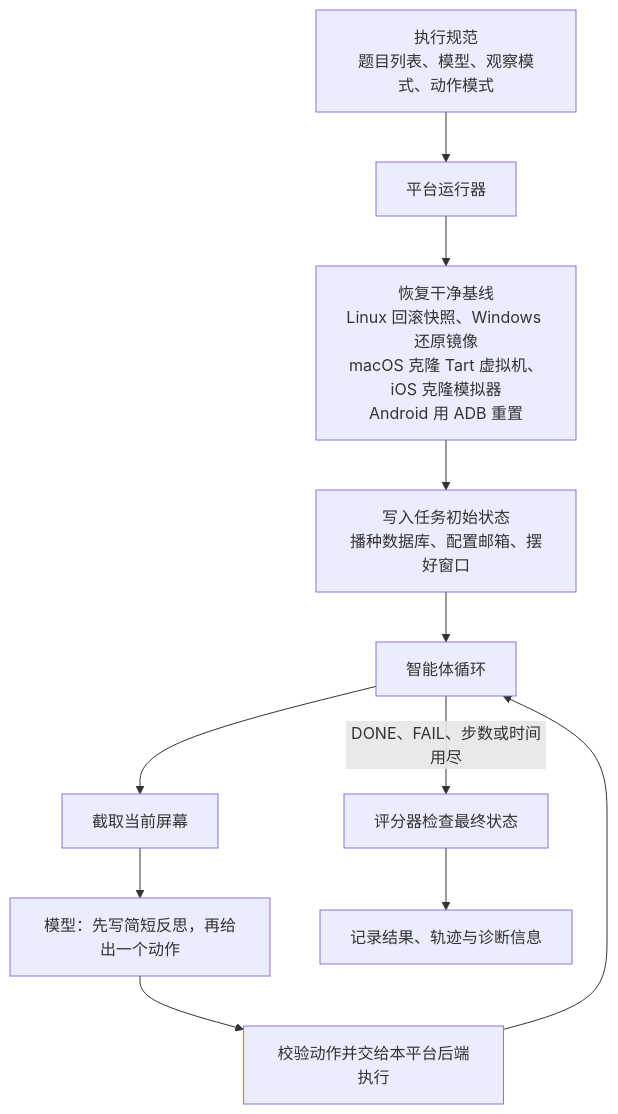
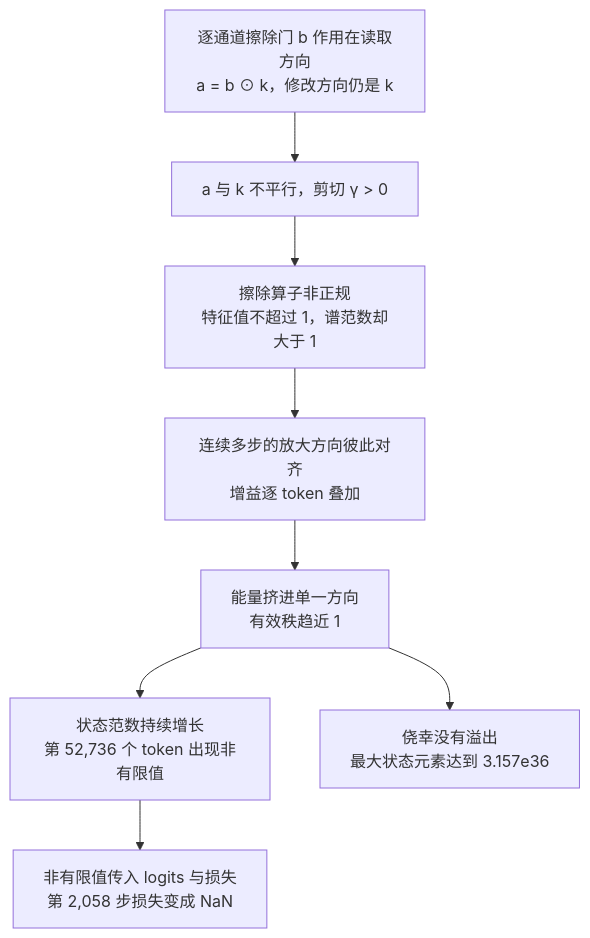
Before and after one commit to yingwang/paper-reads: the second of 5 diagrams in docs/index.md, drawn with Mermaid. The commit also changed other lines of this file and 2 other files, not shown here.

````diff
--- a/docs/index.md
+++ b/docs/index.md
@@ -99,13 +186,10 @@
 ```mermaid
 flowchart TD
-    S["执行规范<br/>题目列表、模型、观察模式、动作模式"] --> R["平台运行器"]
-    R --> Z["恢复干净基线<br/>Linux 回滚快照、Windows 还原镜像<br/>macOS 克隆 Tart 虚拟机、iOS 克隆模拟器<br/>Android 用 ADB 重置"]
-    Z --> I["写入任务初始状态<br/>播种数据库、配置邮箱、摆好窗口"]
-    I --> L["智能体循环"]
-    L --> O["截取当前屏幕"]
-    O --> M["模型：先写简短反思，再给出一个动作"]
-    M --> X["校验动作并交给本平台后端执行"]
-    X --> L
-    L -->|"DONE、FAIL、步数或时间用尽"| E["评分器检查最终状态"]
-    E --> W["记录结果、轨迹与诊断信息"]
+    A["逐通道擦除门 b 作用在读取方向<br/>a = b ⊙ k，修改方向仍是 k"] --> B["a 与 k 不平行，剪切 γ > 0"]
+    B --> C["擦除算子非正规<br/>特征值不超过 1，谱范数却大于 1"]
+    C --> D["连续多步的放大方向彼此对齐<br/>增益逐 token 叠加"]
+    D --> E["能量挤进单一方向<br/>有效秩趋近 1"]
+    E --> F["状态范数持续增长<br/>第 52,736 个 token 出现非有限值"]
+    F --> G["非有限值传入 logits 与损失<br/>第 2,058 步损失变成 NaN"]
+    E --> H["侥幸没有溢出<br/>最大状态元素达到 3.157e36"]
 ```
````
